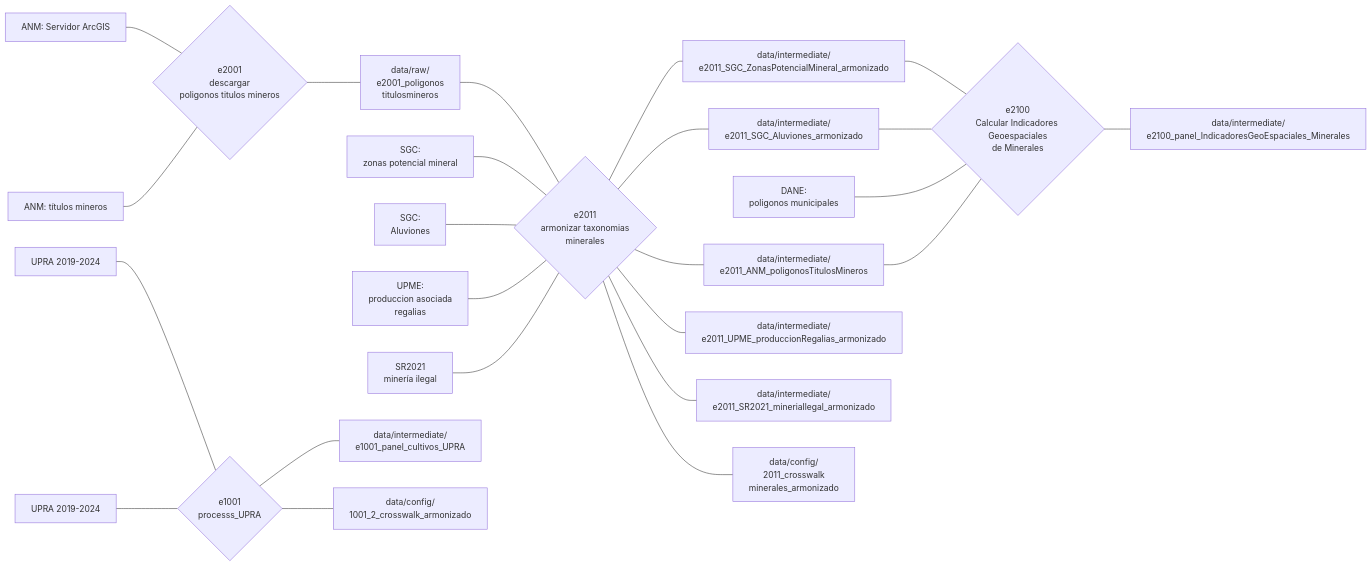
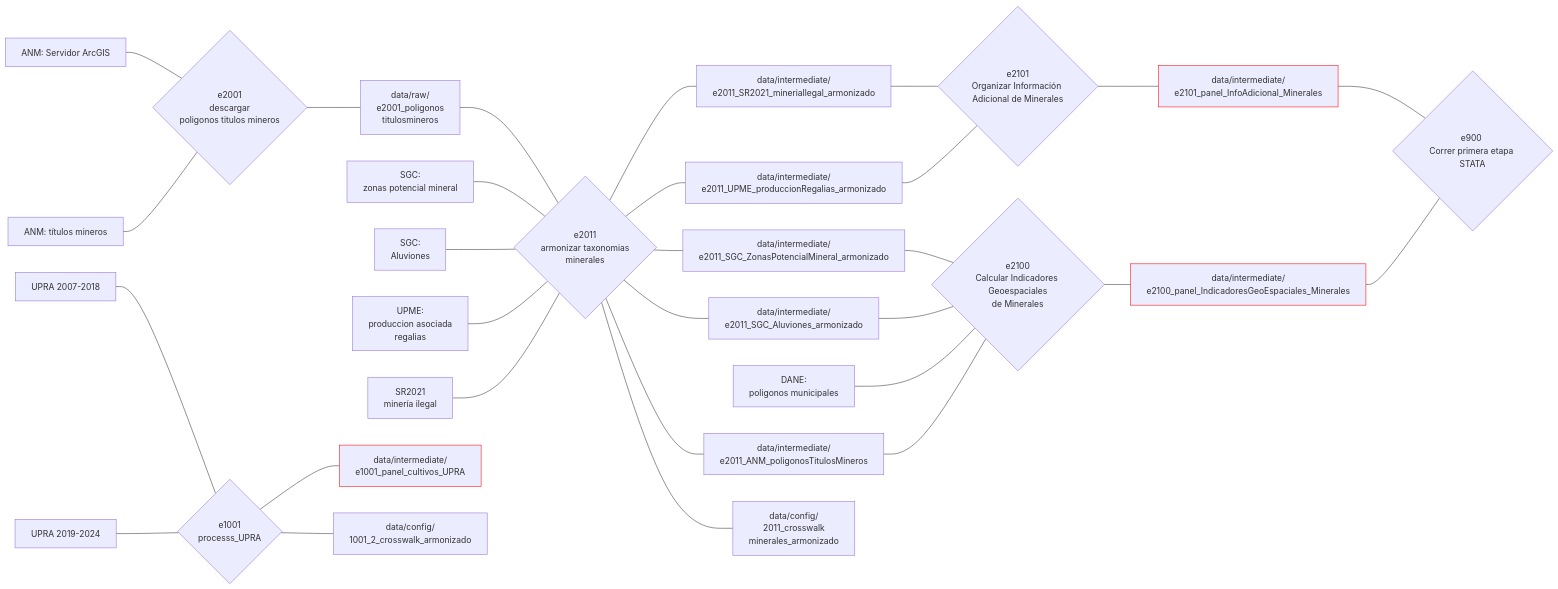
Before and after one commit to JC-AlfonsoR/PEG-mining-agriculture: the diagram in README.md, drawn with Mermaid. The commit also changed other lines of this file and 2 other files, not shown here.

Commit message:
Agregar procesamiento de producción y valor asociados a regalías

````diff
--- a/README.md
+++ b/README.md
@@ -2,8 +6,11 @@
 ```mermaid
 flowchart LR
 
+%% Estilos
+classDef base_para_stata stroke:#f00
+
 %% Bases de datos crudas
-UPRA_antiguo[UPRA 2019-2024]
+UPRA_antiguo[UPRA 2007-2018]
 UPRA_nuevo[UPRA 2019-2024]
 ANM_web[ANM: Servidor ArcGIS]
 ANM_titulos_mineros[ANM: títulos mineros]
@@ -23,8 +30,6 @@
 poligonos municipales]
 
 %% Bases de datos intermedias
-e1001_panel_cultivos_UPRA[data/intermediate/
-e1001_panel_cultivos_UPRA]
 e2011_poligonos_titulosmineros_armonizado[data/intermediate/
 e2011_ANM_poligonosTitulosMineros]
 e2011_SGC_ZonasPotencialMineral_armonizado[data/intermediate/
@@ -37,8 +42,12 @@
 e2011_SR2021_mineriaIlegal_armonizado]
 
 %% Bases de datos intermedias para STATA
+e1001_panel_cultivos_UPRA[data/intermediate/
+e1001_panel_cultivos_UPRA]:::base_para_stata
 e2100_panel_IndicadoresGeoEspaciales_Minerales[data/intermediate/
-e2100_panel_IndicadoresGeoEspaciales_Minerales]
+e2100_panel_IndicadoresGeoEspaciales_Minerales]:::base_para_stata
+e2101_panel_InfoAdicional_Minerales[data/intermediate/
+e2101_panel_InfoAdicional_Minerales]:::base_para_stata
 
 %% archivos de configuracion
 1001_2_crosswalk_armonizado[data/config/
@@ -60,7 +69,10 @@
 e2100_calcular_indicadoresGeoEspaciales_minerales{e2100
 Calcular Indicadores Geoespaciales
 de Minerales}
-
+e2101_organizar_informacionAdicional_minerales{e2101
+Organizar Información Adicional de Minerales}
+e900_correr_primera_etapa{e900 
+Correr primera etapa STATA}
 
 %% conexiones
 
@@ -96,4 +108,16 @@
 DANE_poligonos_municipales---e2100_calcular_indicadoresGeoEspaciales_minerales
 e2011_poligonos_titulosmineros_armonizado---e2100_calcular_indicadoresGeoEspaciales_minerales
 e2100_calcular_indicadoresGeoEspaciales_minerales---e2100_panel_IndicadoresGeoEspaciales_Minerales
+
+
+%% Organizar información adicional de minerales
+e2011_SR2021_mineriaIlegal---e2101_organizar_informacionAdicional_minerales
+e2011_UPME_produccionRegalias---e2101_organizar_informacionAdicional_minerales
+e2101_organizar_informacionAdicional_minerales---e2101_panel_InfoAdicional_Minerales
+
+
+%% Primera etapa STATA
+e2101_panel_InfoAdicional_Minerales---e900_correr_primera_etapa
+e2100_panel_IndicadoresGeoEspaciales_Minerales---e900_correr_primera_etapa
+
 ```
````
